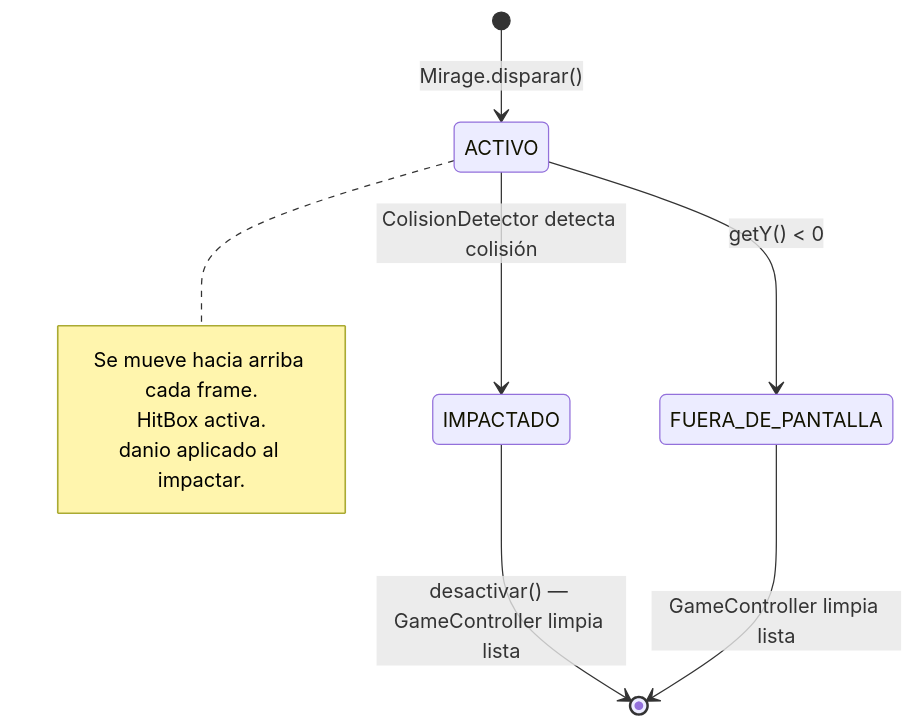
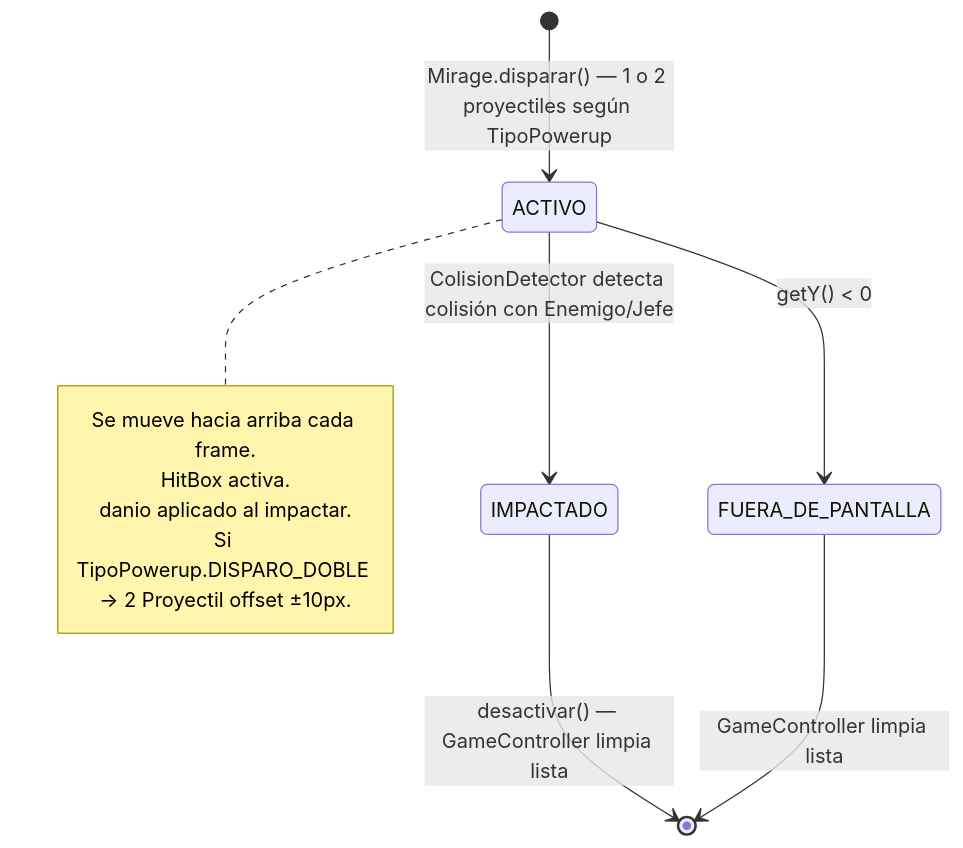
One commit to Christian-Rojas-Rodriguez/juego-1982 changed the fifth of 5 diagrams in docs/diseño/diagramas-estado.md. Above: the diagram before and after it, drawn with Mermaid. The commit also changed other lines of this file and 3 other files, not shown here.

````diff
--- a/docs/diseño/diagramas-estado.md
+++ b/docs/diseño/diagramas-estado.md
@@ -130,16 +177,17 @@
 ```mermaid
 stateDiagram-v2
-    [*] --> ACTIVO : Mirage.disparar()
+    [*] --> ACTIVO : Mirage.disparar() — 1 o 2 proyectiles según TipoPowerup
 
-    ACTIVO --> IMPACTADO : ColisionDetector detecta colisión
+    ACTIVO --> IMPACTADO : ColisionDetector detecta colisión con Enemigo/Jefe
     ACTIVO --> FUERA_DE_PANTALLA : getY() < 0
 
     IMPACTADO --> [*] : desactivar() — GameController limpia lista
     FUERA_DE_PANTALLA --> [*] : GameController limpia lista
 
     note right of ACTIVO
         Se mueve hacia arriba cada frame.
         HitBox activa.
         danio aplicado al impactar.
+        Si TipoPowerup.DISPARO_DOBLE → 2 Proyectil offset ±10px.
     end note
 ```
````
